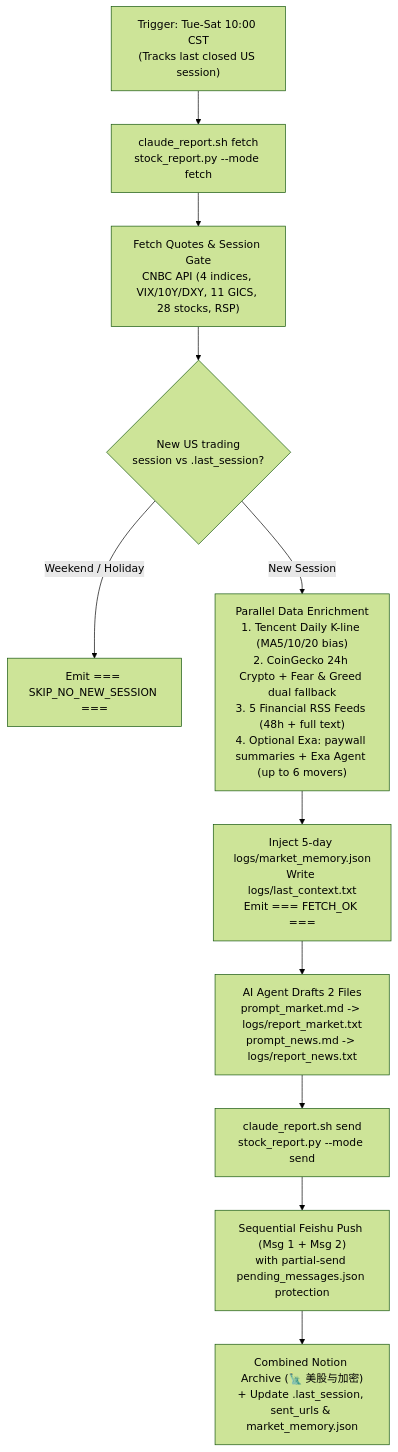
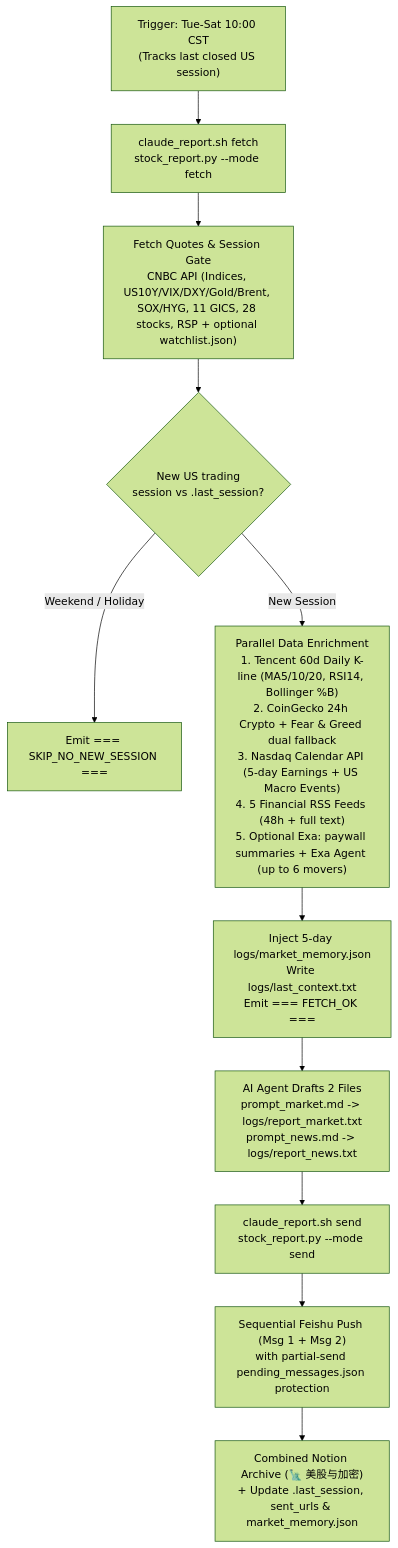
Before and after one commit to shirleyisdoingrightthings/daily-bots: the diagram in us stock bot/README.md, drawn with Mermaid (forest theme). The commit also changed other lines of this file and 22 other files, not shown here.

Commit message:
feat(us-stock-bot): cross-asset core metrics, RSI/Bollinger, Financial Events, custom watchlist & Notion bulleted layout; extract cn-hk-stock-bot

````diff
--- a/us stock bot/README.md
+++ b/us stock bot/README.md
@@ -13,13 +13,13 @@
 ```mermaid
 flowchart TD
     A["Trigger: Tue-Sat 10:00 CST<br/>(Tracks last closed US session)"] --> B["claude_report.sh fetch<br/>stock_report.py --mode fetch"]
-    B --> C["Fetch Quotes &amp; Session Gate<br/>CNBC API (4 indices, VIX/10Y/DXY, 11 GICS, 28 stocks, RSP)"]
+    B --> C["Fetch Quotes &amp; Session Gate<br/>CNBC API (Indices, US10Y/VIX/DXY/Gold/Brent, SOX/HYG, 11 GICS, 28 stocks, RSP + optional watchlist.json)"]
     C --> D{"New US trading<br/>session vs .last_session?"}
     D -- "Weekend / Holiday" --> Y["Emit === SKIP_NO_NEW_SESSION ==="]
-    D -- "New Session" --> E["Parallel Data Enrichment<br/>1. Tencent Daily K-line (MA5/10/20 bias)<br/>2. CoinGecko 24h Crypto + Fear &amp; Greed dual fallback<br/>3. 5 Financial RSS Feeds (48h + full text)<br/>4. Optional Exa: paywall summaries + Exa Agent (up to 6 movers)"]
+    D -- "New Session" --> E["Parallel Data Enrichment<br/>1. Tencent 60d Daily K-line (MA5/10/20, RSI14, Bollinger %B)<br/>2. CoinGecko 24h Crypto + Fear &amp; Greed dual fallback<br/>3. Nasdaq Calendar API (5-day Earnings + US Macro Events)<br/>4. 5 Financial RSS Feeds (48h + full text)<br/>5. Optional Exa: paywall summaries + Exa Agent (up to 6 movers)"]
     E --> F["Inject 5-day logs/market_memory.json<br/>Write logs/last_context.txt<br/>Emit === FETCH_OK ==="]
     F --> G["AI Agent Drafts 2 Files<br/>prompt_market.md -&gt; logs/report_market.txt<br/>prompt_news.md -&gt; logs/report_news.txt"]
     G --> H["claude_report.sh send<br/>stock_report.py --mode send"]
     H --> I["Sequential Feishu Push (Msg 1 + Msg 2)<br/>with partial-send pending_messages.json protection"]
     I --> J["Combined Notion Archive (🗽 美股与加密)<br/>+ Update .last_session, sent_urls &amp; market_memory.json"]
 ```
````
